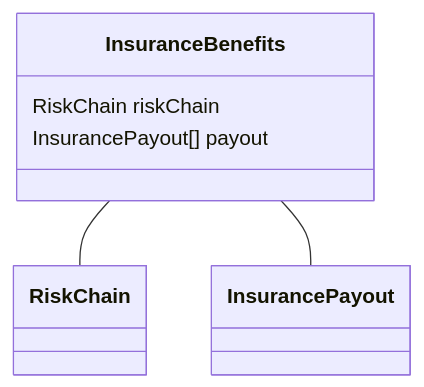
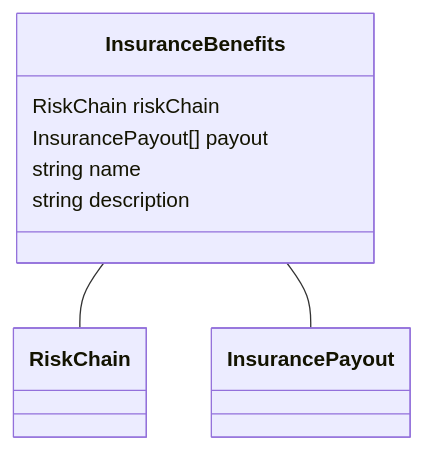
One commit to codexstanford/Insurance-Payout-Ontology changed the diagram in datamodel-build/mermaid/InsuranceBenefits.mmd. Above: the diagram before and after it, drawn with Mermaid. The commit also changed 68 other files, not shown here.

```diff
--- a/datamodel-build/mermaid/InsuranceBenefits.mmd
+++ b/datamodel-build/mermaid/InsuranceBenefits.mmd
@@ -1,11 +1,13 @@
 classDiagram
   InsuranceBenefits -- RiskChain
 InsuranceBenefits -- InsurancePayout
 
 
 class InsuranceBenefits {
 
   RiskChain riskChain
   InsurancePayout[] payout
+  string name
+  string description
 
 }
```
